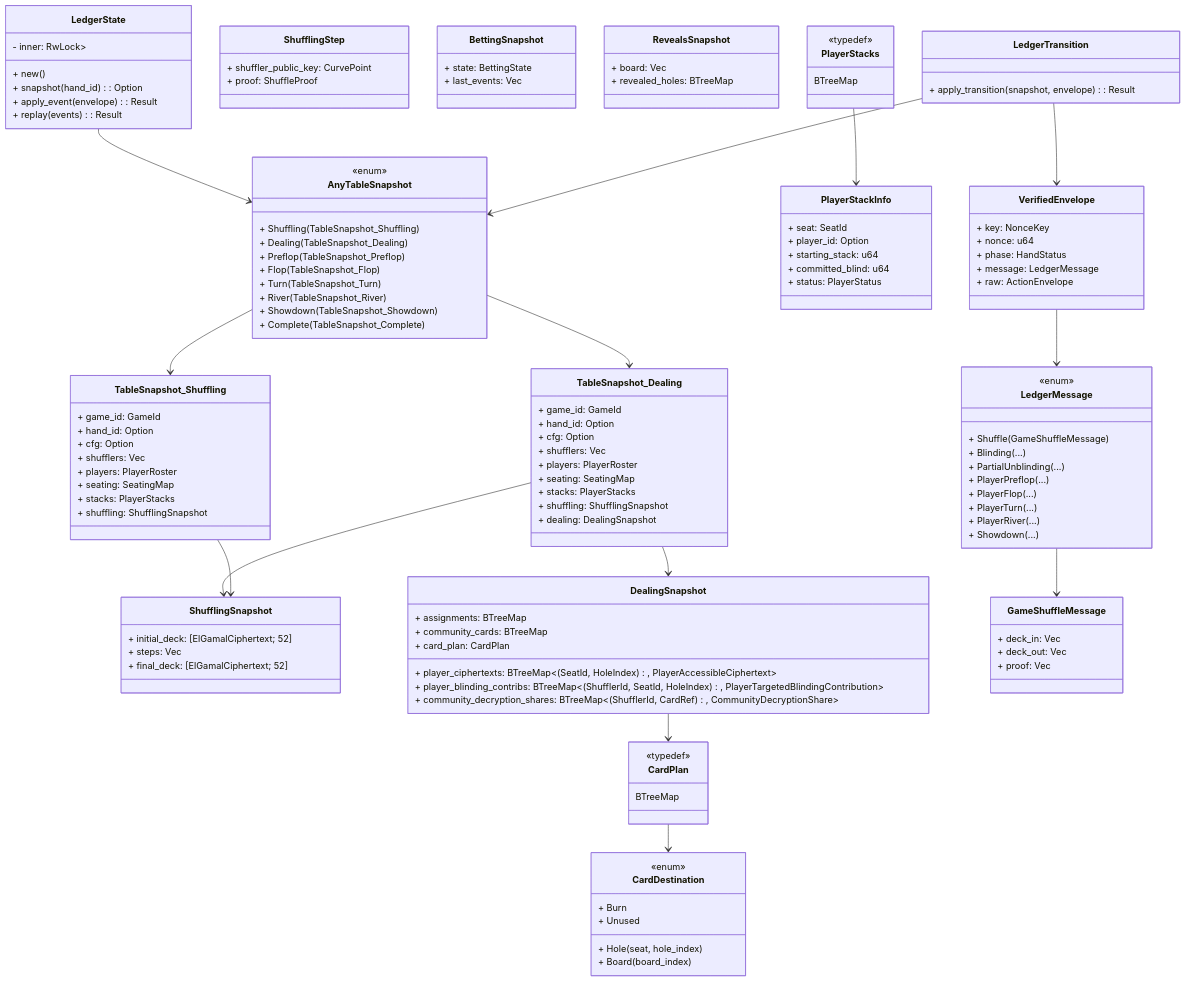
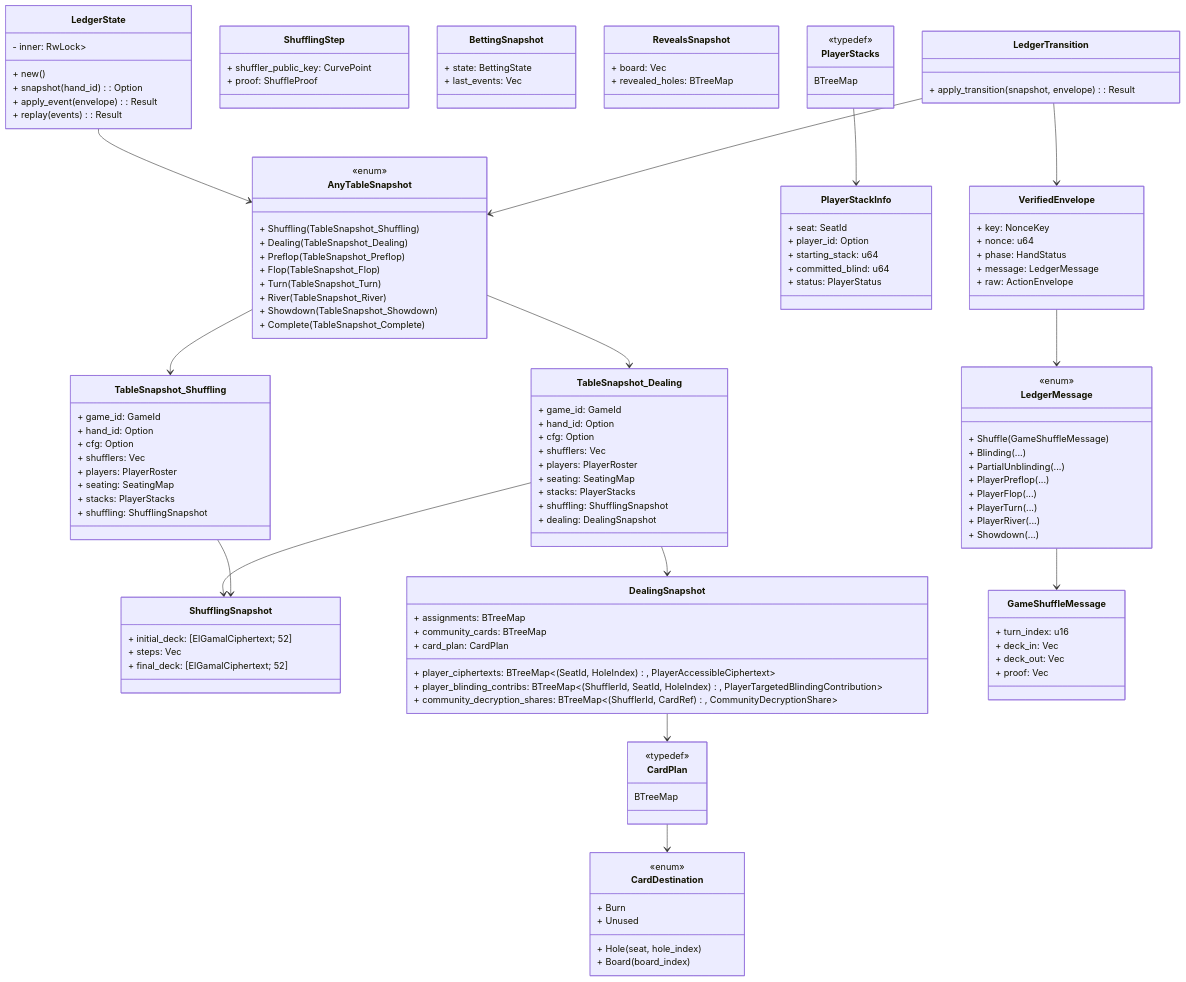
Before and after one commit to wu-s-john/legit-poker: the diagram in docs/ledger_operator_classes.mmd, drawn with Mermaid. The commit also changed 6 other files, not shown here.

First line of the commit message:
feat(ledger): enforce shuffle turn order with turn_index

```diff
--- a/docs/ledger_operator_classes.mmd
+++ b/docs/ledger_operator_classes.mmd
@@ -1,143 +1,144 @@
 classDiagram
     class LedgerState {
         - inner: RwLock<HashMap<HandId, AnyTableSnapshot>>
         + new()
         + snapshot(hand_id): Option<AnyTableSnapshot>
         + apply_event(envelope): Result
         + replay(events): Result
     }
 
     class AnyTableSnapshot {
         <<enum>>
         + Shuffling(TableSnapshot_Shuffling)
         + Dealing(TableSnapshot_Dealing)
         + Preflop(TableSnapshot_Preflop)
         + Flop(TableSnapshot_Flop)
         + Turn(TableSnapshot_Turn)
         + River(TableSnapshot_River)
         + Showdown(TableSnapshot_Showdown)
         + Complete(TableSnapshot_Complete)
     }
 
     class TableSnapshot_Shuffling {
         + game_id: GameId
         + hand_id: Option<HandId>
         + cfg: Option<HandConfig>
         + shufflers: Vec<Shuffler>
         + players: PlayerRoster
         + seating: SeatingMap
         + stacks: PlayerStacks
         + shuffling: ShufflingSnapshot
     }
 
     class TableSnapshot_Dealing {
         + game_id: GameId
         + hand_id: Option<HandId>
         + cfg: Option<HandConfig>
         + shufflers: Vec<Shuffler>
         + players: PlayerRoster
         + seating: SeatingMap
         + stacks: PlayerStacks
         + shuffling: ShufflingSnapshot
         + dealing: DealingSnapshot
     }
 
     class ShufflingSnapshot {
         + initial_deck: [ElGamalCiphertext; 52]
         + steps: Vec<ShufflingStep>
         + final_deck: [ElGamalCiphertext; 52]
     }
 
     class ShufflingStep {
         + shuffler_public_key: CurvePoint
         + proof: ShuffleProof
     }
 
     class DealingSnapshot {
         + assignments: BTreeMap<CardRef, DealtCard>
         + player_ciphertexts: BTreeMap<(SeatId, HoleIndex), PlayerAccessibleCiphertext>
         + player_blinding_contribs: BTreeMap<(ShufflerId, SeatId, HoleIndex), PlayerTargetedBlindingContribution>
         + community_decryption_shares: BTreeMap<(ShufflerId, CardRef), CommunityDecryptionShare>
         + community_cards: BTreeMap<CardRef, CardIndex>
         + card_plan: CardPlan
     }
 
     class BettingSnapshot {
         + state: BettingState
         + last_events: Vec<PlayerActionEvent>
     }
 
     class RevealsSnapshot {
         + board: Vec<CardIndex>
         + revealed_holes: BTreeMap<SeatId, RevealedHand>
     }
 
     class PlayerStackInfo {
         + seat: SeatId
         + player_id: Option<PlayerId>
         + starting_stack: u64
         + committed_blind: u64
         + status: PlayerStatus
     }
 
     class CardDestination {
         <<enum>>
         + Hole(seat, hole_index)
         + Board(board_index)
         + Burn
         + Unused
     }
 
     class CardPlan {
         <<typedef>>
         BTreeMap<CardRef, CardDestination>
     }
 
     class PlayerStacks {
         <<typedef>>
         BTreeMap<SeatId, PlayerStackInfo>
     }
 
     class VerifiedEnvelope {
         + key: NonceKey
         + nonce: u64
         + phase: HandStatus
         + message: LedgerMessage
         + raw: ActionEnvelope
     }
 
     class GameShuffleMessage {
+        + turn_index: u16
         + deck_in: Vec<u8>
         + deck_out: Vec<u8>
         + proof: Vec<u8>
     }
 
     class LedgerMessage {
         <<enum>>
         + Shuffle(GameShuffleMessage)
         + Blinding(...)
         + PartialUnblinding(...)
         + PlayerPreflop(...)
         + PlayerFlop(...)
         + PlayerTurn(...)
         + PlayerRiver(...)
         + Showdown(...)
     }
 
     class LedgerTransition {
         + apply_transition(snapshot, envelope): Result<AnyTableSnapshot>
     }
 
     LedgerState --> AnyTableSnapshot
     AnyTableSnapshot --> TableSnapshot_Shuffling
     AnyTableSnapshot --> TableSnapshot_Dealing
     TableSnapshot_Dealing --> DealingSnapshot
     TableSnapshot_Dealing --> ShufflingSnapshot
     TableSnapshot_Shuffling --> ShufflingSnapshot
     DealingSnapshot --> CardPlan
     CardPlan --> CardDestination
     PlayerStacks --> PlayerStackInfo
     LedgerMessage --> GameShuffleMessage
     VerifiedEnvelope --> LedgerMessage
     LedgerTransition --> AnyTableSnapshot
     LedgerTransition --> VerifiedEnvelope
```
